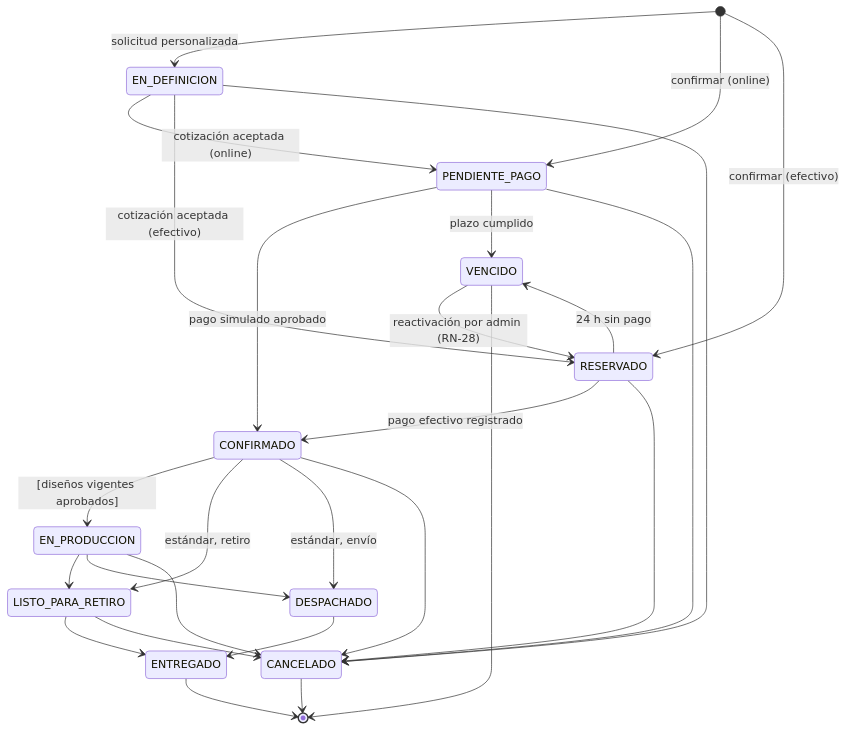
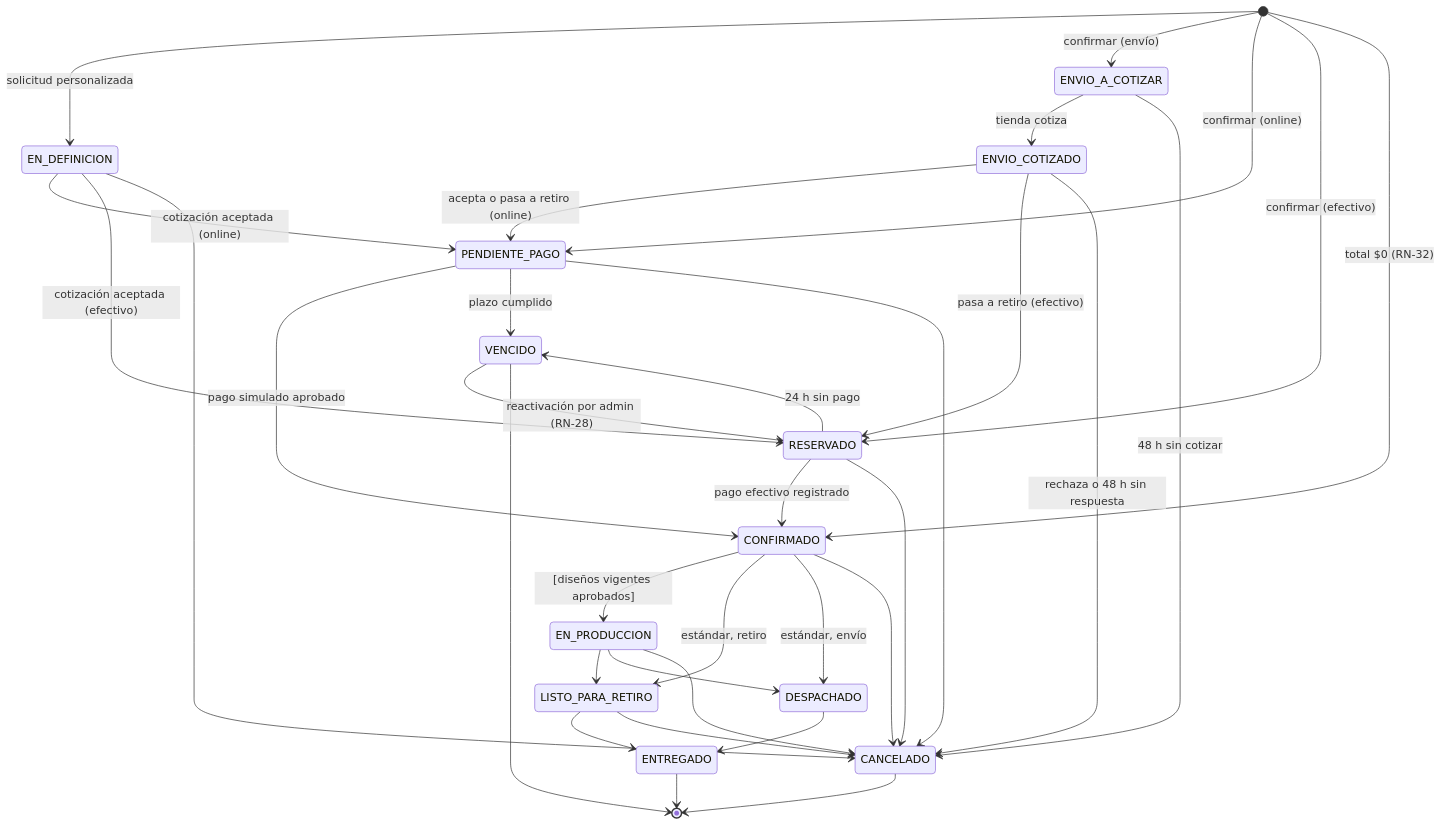
Before and after one commit to aguustin/sublimacion_ink: the first of 3 diagrams in especificacion_sistema_sublimaciones_v1.md, drawn with Mermaid. The commit also changed other lines of this file and 205 other files, not shown here.

````diff
--- a/especificacion_sistema_sublimaciones_v1.md
+++ b/especificacion_sistema_sublimaciones_v1.md
@@ -614,29 +651,36 @@
 ```mermaid
 stateDiagram-v2
     [*] --> EN_DEFINICION: solicitud personalizada
+    [*] --> ENVIO_A_COTIZAR: confirmar (envío)
+    ENVIO_A_COTIZAR --> ENVIO_COTIZADO: tienda cotiza
+    ENVIO_A_COTIZAR --> CANCELADO: 48 h sin cotizar
+    ENVIO_COTIZADO --> PENDIENTE_PAGO: acepta o pasa a retiro (online)
+    ENVIO_COTIZADO --> RESERVADO: pasa a retiro (efectivo)
+    ENVIO_COTIZADO --> CANCELADO: rechaza o 48 h sin respuesta
     [*] --> PENDIENTE_PAGO: confirmar (online)
     [*] --> RESERVADO: confirmar (efectivo)
+    [*] --> CONFIRMADO: total $0 (RN-32)
     EN_DEFINICION --> PENDIENTE_PAGO: cotización aceptada (online)
     EN_DEFINICION --> RESERVADO: cotización aceptada (efectivo)
     EN_DEFINICION --> CANCELADO
     PENDIENTE_PAGO --> CONFIRMADO: pago simulado aprobado
     PENDIENTE_PAGO --> VENCIDO: plazo cumplido
     PENDIENTE_PAGO --> CANCELADO
     RESERVADO --> CONFIRMADO: pago efectivo registrado
     RESERVADO --> VENCIDO: 24 h sin pago
     RESERVADO --> CANCELADO
     CONFIRMADO --> EN_PRODUCCION: [diseños vigentes aprobados]
     CONFIRMADO --> LISTO_PARA_RETIRO: estándar, retiro
     CONFIRMADO --> DESPACHADO: estándar, envío
     CONFIRMADO --> CANCELADO
     EN_PRODUCCION --> LISTO_PARA_RETIRO
     EN_PRODUCCION --> DESPACHADO
     EN_PRODUCCION --> CANCELADO
     LISTO_PARA_RETIRO --> ENTREGADO
     LISTO_PARA_RETIRO --> CANCELADO
     DESPACHADO --> ENTREGADO
     ENTREGADO --> [*]
     CANCELADO --> [*]
     VENCIDO --> RESERVADO: reactivación por admin (RN-28)
     VENCIDO --> [*]
 ```
````
